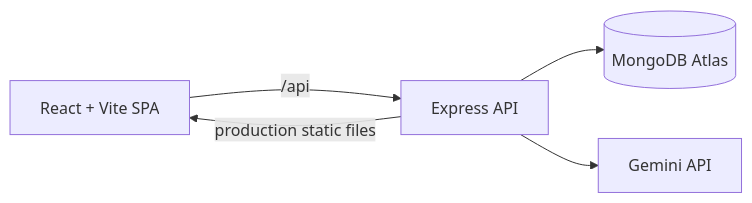
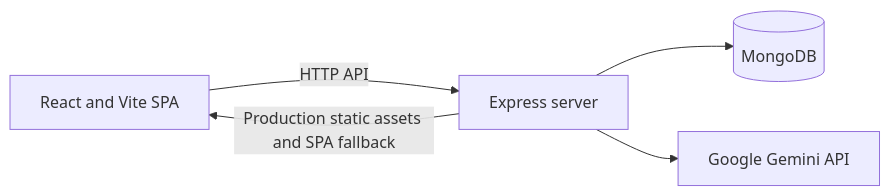
Before and after one commit to pratyushm206/PrepSense: the diagram in README.md, drawn with Mermaid. The commit also changed other lines of this file and 1 other file, not shown here.

````diff
--- a/README.md
+++ b/README.md
@@ -28,7 +23,7 @@
 ```mermaid
 flowchart LR
-  Browser[React + Vite SPA] -->|/api| Express[Express API]
-  Express --> Mongo[(MongoDB Atlas)]
-  Express --> Gemini[Gemini API]
-  Express -->|production static files| Browser
+  Browser[React and Vite SPA] -->|HTTP API| Express[Express server]
+  Express --> Mongo[(MongoDB)]
+  Express --> Gemini[Google Gemini API]
+  Express -->|Production static assets and SPA fallback| Browser
 ```
````
